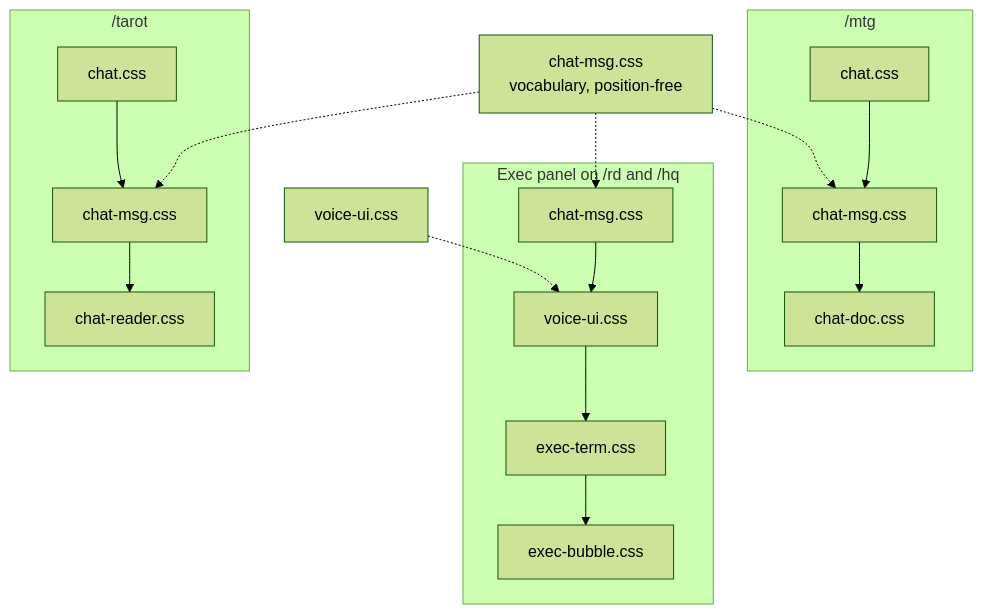
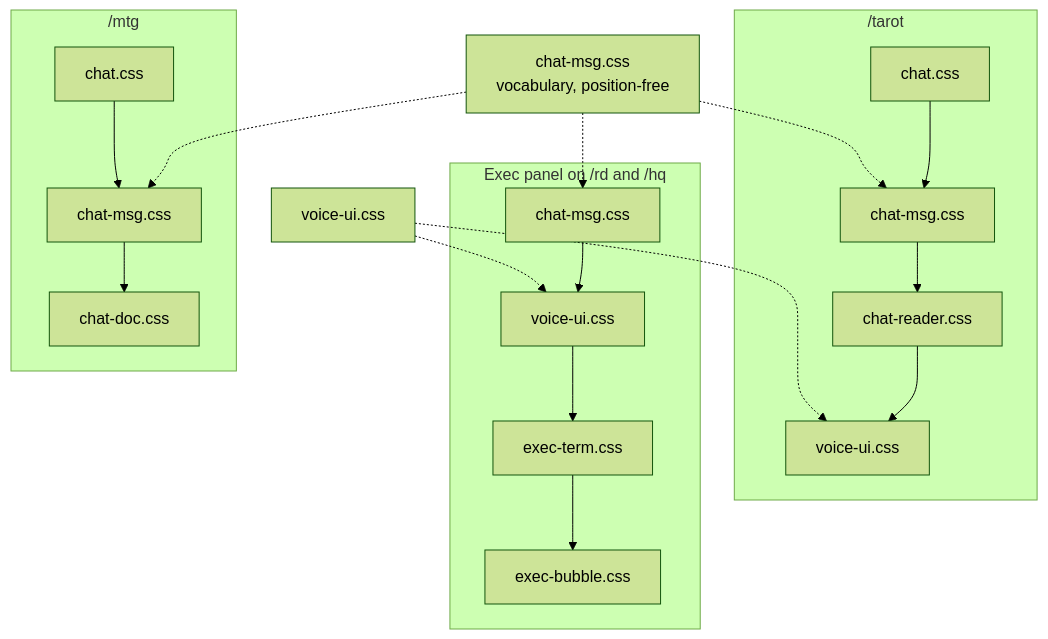
One commit to wai-lau/exec-fn changed the diagram in docs/arch/18-chat-css-cascade.mmd. Above: the diagram before and after it, drawn with Mermaid (forest theme). The commit also changed 42 other files, not shown here.

```diff
--- a/docs/arch/18-chat-css-cascade.mmd
+++ b/docs/arch/18-chat-css-cascade.mmd
@@ -1,16 +1,17 @@
 flowchart TB
   msg["chat-msg.css<br/>vocabulary, position-free"]
   vui["voice-ui.css"]
   subgraph mtg["/mtg"]
     m1["chat.css"] --> m2["chat-msg.css"] --> m3["chat-doc.css"]
   end
   subgraph tarot["/tarot"]
-    t1["chat.css"] --> t2["chat-msg.css"] --> t3["chat-reader.css"]
+    t1["chat.css"] --> t2["chat-msg.css"] --> t3["chat-reader.css"] --> t4["voice-ui.css"]
   end
   subgraph panel["Exec panel on /rd and /hq"]
     p1["chat-msg.css"] --> p2["voice-ui.css"] --> p3["exec-term.css"] --> p4["exec-bubble.css"]
   end
   msg -.-> m2
   msg -.-> t2
   msg -.-> p1
   vui -.-> p2
+  vui -.-> t4
```
